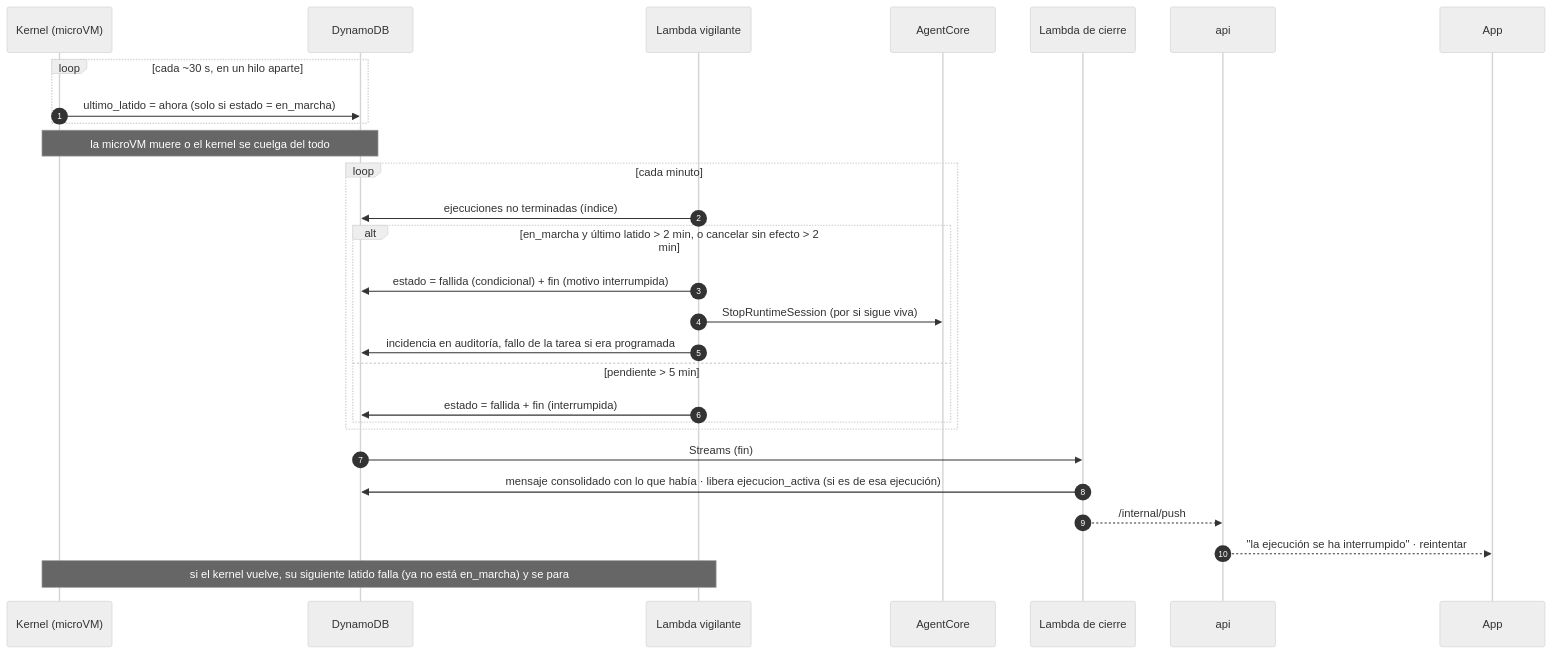
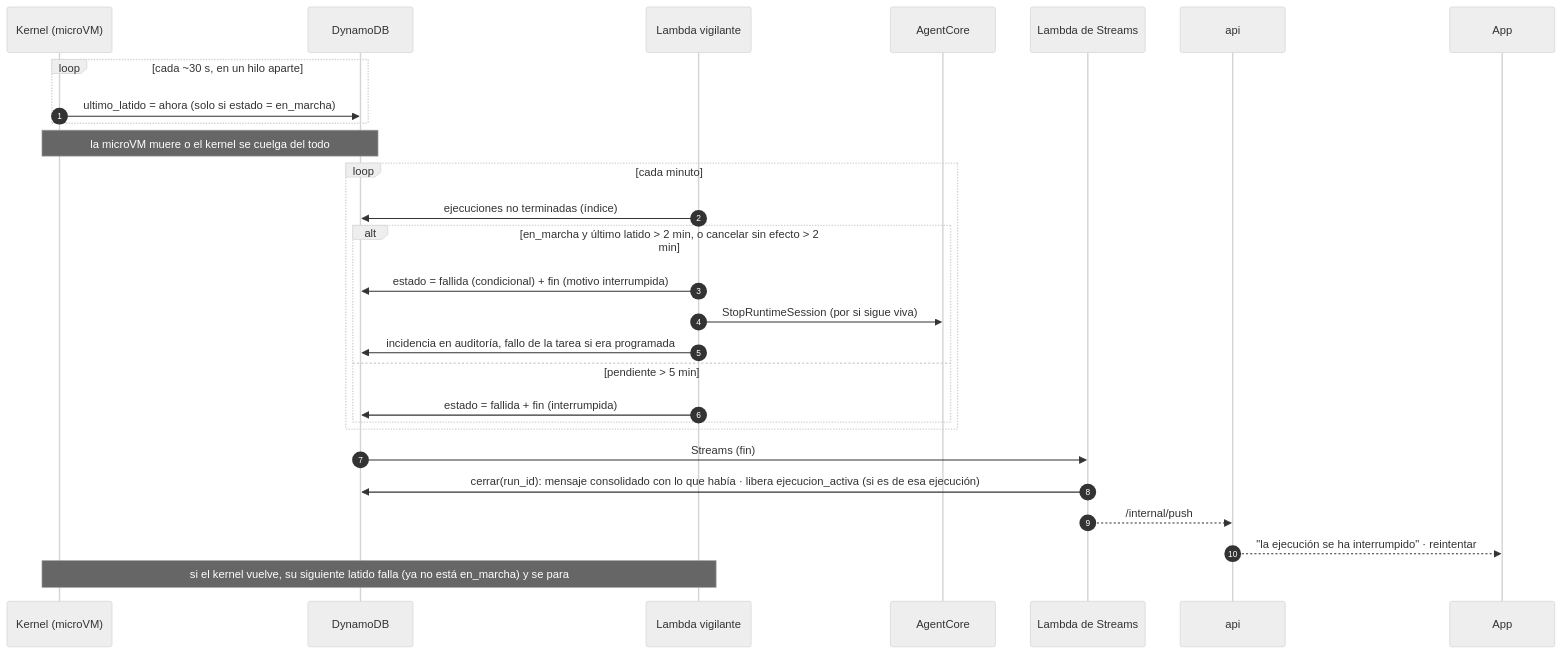
Before and after one commit to ikermendi/sample-agent-platform-with-agentcore: the fourth of 7 diagrams in docs/arquitectura-agentes.md, drawn with Mermaid (neutral theme). The commit also changed other lines of this file and 1 other file, not shown here.

First line of the commit message:
docs: fundir contadores y cierre en una Lambda de Streams, cerrar() compartido, autorizador reducido

````diff
--- a/docs/arquitectura-agentes.md
+++ b/docs/arquitectura-agentes.md
@@ -581,31 +583,31 @@
 ```mermaid
 sequenceDiagram
   autonumber
   participant K as Kernel (microVM)
   participant D as DynamoDB
   participant V as Lambda vigilante
   participant AC as AgentCore
-  participant C as Lambda de cierre
+  participant C as Lambda de Streams
   participant API as api
   participant App as App
 
   loop cada ~30 s, en un hilo aparte
     K->>D: ultimo_latido = ahora (solo si estado = en_marcha)
   end
   Note over K,D: la microVM muere o el kernel se cuelga del todo
   loop cada minuto
     V->>D: ejecuciones no terminadas (índice)
     alt en_marcha y último latido > 2 min, o cancelar sin efecto > 2 min
       V->>D: estado = fallida (condicional) + fin (motivo interrumpida)
       V->>AC: StopRuntimeSession (por si sigue viva)
       V->>D: incidencia en auditoría, fallo de la tarea si era programada
     else pendiente > 5 min
       V->>D: estado = fallida + fin (interrumpida)
     end
   end
   D->>C: Streams (fin)
-  C->>D: mensaje consolidado con lo que había · libera ejecucion_activa (si es de esa ejecución)
+  C->>D: cerrar(run_id): mensaje consolidado con lo que había · libera ejecucion_activa (si es de esa ejecución)
   C-->>API: /internal/push
   API-->>App: "la ejecución se ha interrumpido" · reintentar
   Note over K,V: si el kernel vuelve, su siguiente latido falla (ya no está en_marcha) y se para
 ```
````
